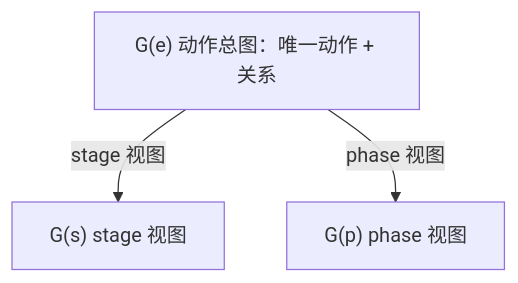
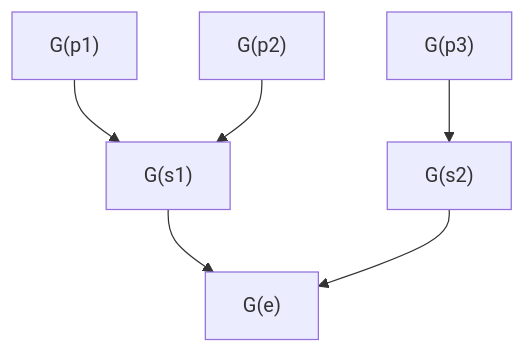
The fourth of 6 diagrams in docs/structures/2-action-graph.md (AgenticFinLab/FinMycelium), drawn with Mermaid before and after one commit. The commit also changed other lines of this file and 7 other files, not shown here.

First line of the commit message:
docs: simplify to strict hierarchical action-graph composition

````diff
--- a/docs/structures/2-action-graph.md
+++ b/docs/structures/2-action-graph.md
@@ -283,8 +283,8 @@
 ```mermaid
 flowchart TB
-    GE["G(e) 动作总图：唯一动作 + 关系"]
-    GS["G(s) stage 视图"]
-    GP["G(p) phase 视图"]
-    GE -->|stage 视图| GS
-    GE -->|phase 视图| GP
+    GP1["G(p1)"] --> GS1["G(s1)"]
+    GP2["G(p2)"] --> GS1
+    GP3["G(p3)"] --> GS2["G(s2)"]
+    GS1 --> GE["G(e)"]
+    GS2 --> GE
 ```
````
